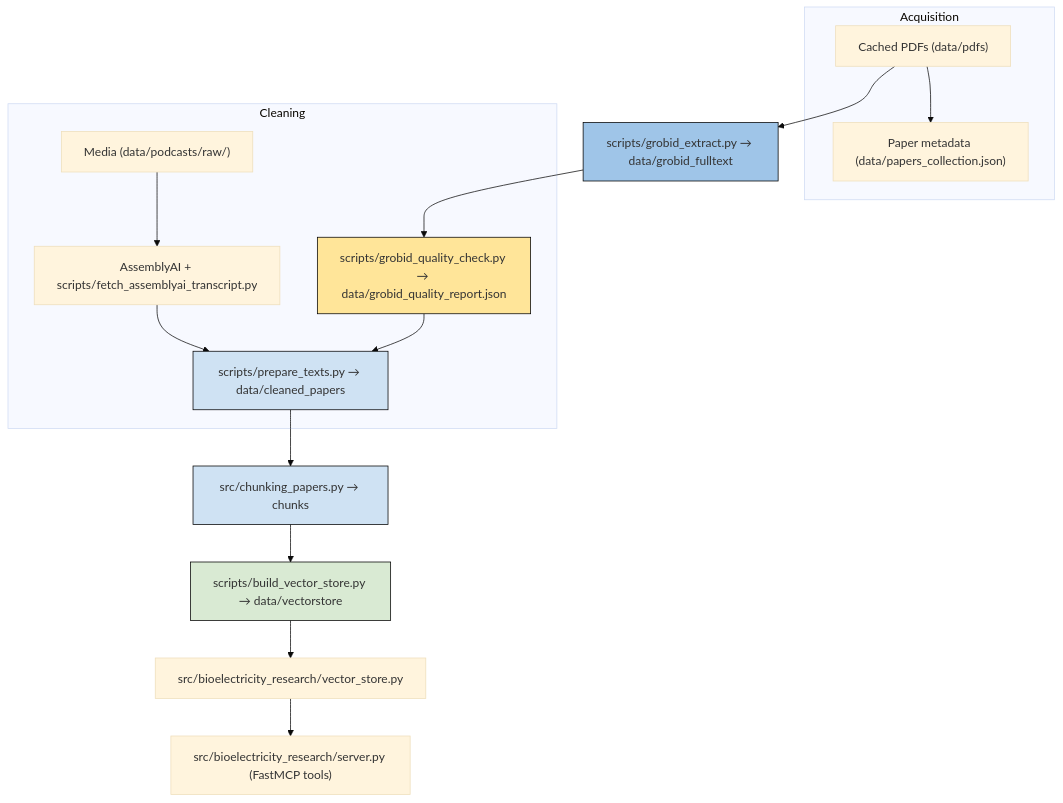
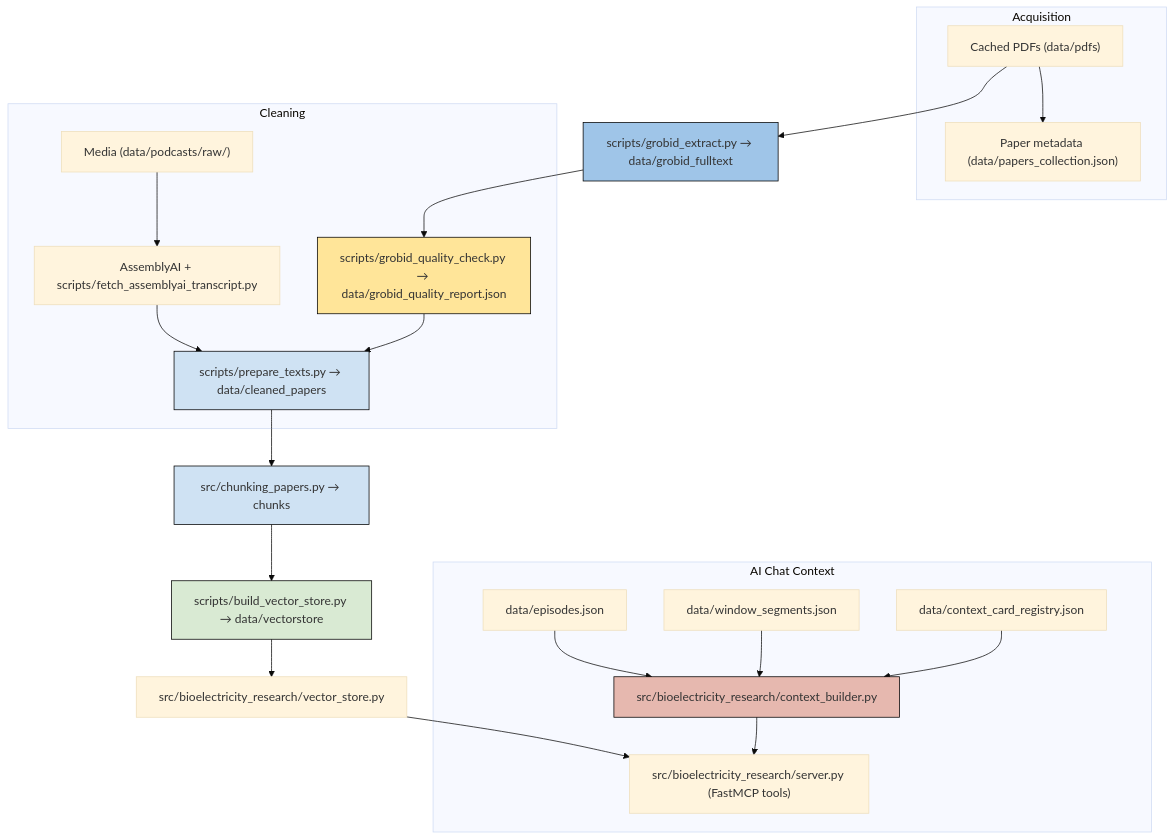
One commit to beckpiscopo/noeron changed the diagram in docs/pipeline.md. Above: the diagram before and after it, drawn with Mermaid (base theme). The commit also changed other lines of this file and 6 other files, not shown here.

Commit message:
added temporal context awareness to chat assistant

````diff
--- a/docs/pipeline.md
+++ b/docs/pipeline.md
@@ -152,30 +172,42 @@
 ```mermaid
 flowchart TD
     subgraph Acquisition
         PDFs["Cached PDFs (data/pdfs)"]
         Storage["Paper metadata (data/papers_collection.json)"]
         PDFs --> Storage
     end
     PDFs --> GROBID["scripts/grobid_extract.py → data/grobid_fulltext"]
     GROBID --> QC["scripts/grobid_quality_check.py → data/grobid_quality_report.json"]
 
     subgraph Cleaning
         Cleaner["scripts/prepare_texts.py → data/cleaned_papers"]
         AssemblyAI["AssemblyAI + scripts/fetch_assemblyai_transcript.py"]
         TranscriptRaw["Media (data/podcasts/raw/)"]
         AssemblyAI --> Cleaner
         TranscriptRaw --> AssemblyAI
         QC --> Cleaner
     end
 
     Cleaner --> Chunking["src/chunking_papers.py → chunks"]
     Chunking --> BuildVS["scripts/build_vector_store.py → data/vectorstore"]
     BuildVS --> VectorStore["src/bioelectricity_research/vector_store.py"]
     VectorStore --> MCP["src/bioelectricity_research/server.py (FastMCP tools)"]
 
+    subgraph "AI Chat Context"
+        Episodes["data/episodes.json"]
+        WindowSegments["data/window_segments.json"]
+        ContextCards["data/context_card_registry.json"]
+        ContextBuilder["src/bioelectricity_research/context_builder.py"]
+        Episodes --> ContextBuilder
+        WindowSegments --> ContextBuilder
+        ContextCards --> ContextBuilder
+        ContextBuilder --> MCP
+    end
+
     style GROBID fill:#9fc5e8,stroke:#000
     style QC fill:#ffe599,stroke:#000
     style Cleaner fill:#cfe2f3,stroke:#000
     style Chunking fill:#cfe2f3,stroke:#000
     style BuildVS fill:#d9ead3,stroke:#000
+    style ContextBuilder fill:#e6b8af,stroke:#000
 ```
````
